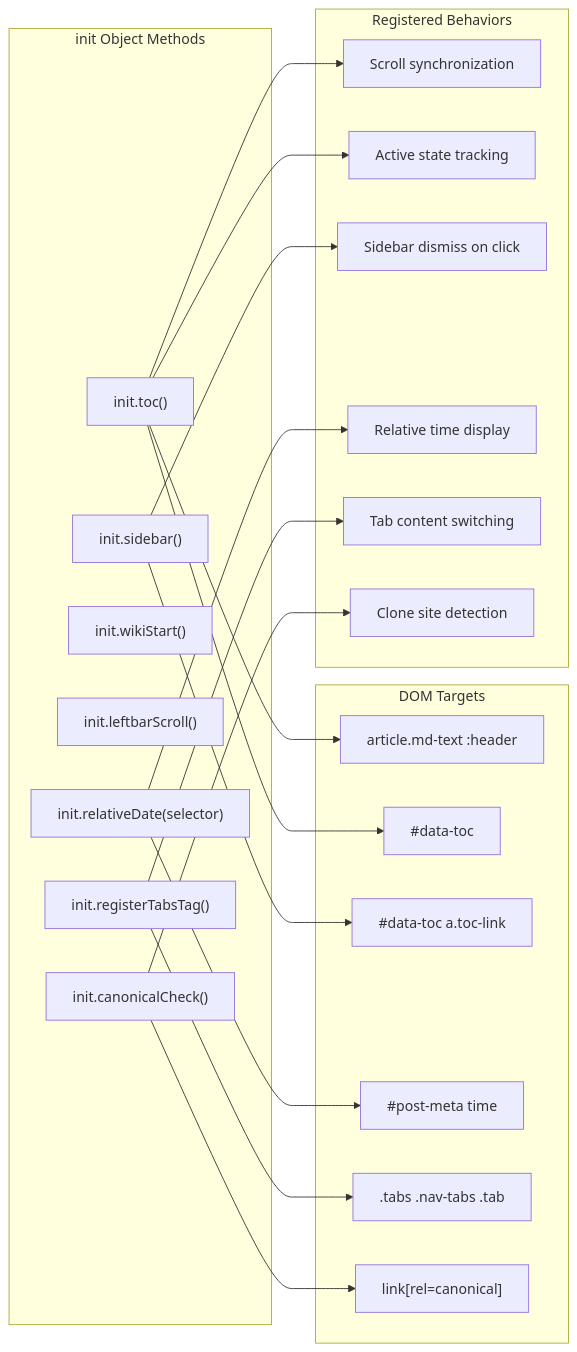
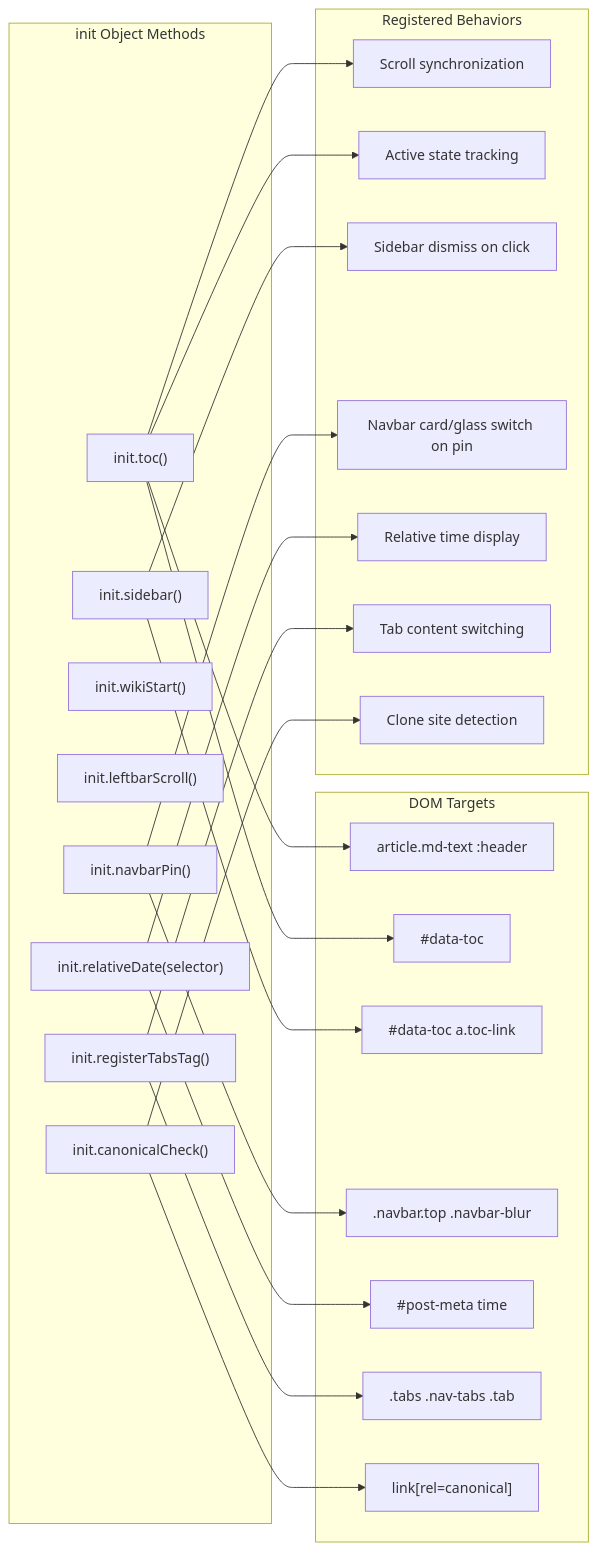
Before and after one commit to xaoxuu/hexo-theme-stellar: the third of 4 diagrams in docs/knowledge/05-前端交互/client-side-overview.md, drawn with Mermaid. The commit also changed other lines of this file and 8 other files, not shown here.

````diff
--- a/docs/knowledge/05-前端交互/client-side-overview.md
+++ b/docs/knowledge/05-前端交互/client-side-overview.md
@@ -228,47 +239,53 @@
 ```mermaid
 graph LR
     subgraph "init Object Methods"
         toc["init.toc()"]
         sidebar["init.sidebar()"]
         wikiStart["init.wikiStart()"]
         leftbarScroll["init.leftbarScroll()"]
+        navbarPin["init.navbarPin()"]
         relativeDate["init.relativeDate(selector)"]
         registerTabs["init.registerTabsTag()"]
         canonical["init.canonicalCheck()"]
     end
     
     subgraph "DOM Targets"
         tocHeaders["article.md-text :header"]
         tocWidget["#data-toc"]
         sidebarLinks["#data-toc a.toc-link"]
+        navbarElements[".navbar.top .navbar-blur"]
         timeElements["#post-meta time"]
         tabElements[".tabs .nav-tabs .tab"]
         canonicalTag["link[rel=canonical]"]
     end
     
     subgraph "Registered Behaviors"
         scrollSync["Scroll synchronization"]
         activeState["Active state tracking"]
         dismiss["Sidebar dismiss on click"]
+        cardGlass["Navbar card/glass switch on pin"]
         timeFormat["Relative time display"]
         tabSwitch["Tab content switching"]
         cloneDetect["Clone site detection"]
     end
     
     toc --> tocHeaders
     toc --> tocWidget
     toc --> scrollSync
     toc --> activeState
     
     sidebar --> sidebarLinks
     sidebar --> dismiss
     
+    navbarPin --> navbarElements
+    navbarPin --> cardGlass
+    
     relativeDate --> timeElements
     relativeDate --> timeFormat
     
     registerTabs --> tabElements
     registerTabs --> tabSwitch
     
     canonical --> canonicalTag
     canonical --> cloneDetect
 ```
````
